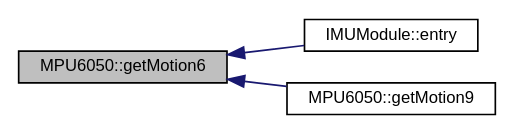
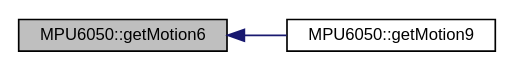
One commit to RoboJackets/robocup-firmware changed the diagram in class_m_p_u6050_a574d3093dc131e4251a9b37adf208ca7_icgraph.dot. Above: the diagram before and after it, drawn with Graphviz. The commit also changed 1172 other files, not shown here.

```diff
--- a/class_m_p_u6050_a574d3093dc131e4251a9b37adf208ca7_icgraph.dot
+++ b/class_m_p_u6050_a574d3093dc131e4251a9b37adf208ca7_icgraph.dot
@@ -1,11 +1,9 @@
 digraph "MPU6050::getMotion6"
 {
   edge [fontname="Helvetica",fontsize="10",labelfontname="Helvetica",labelfontsize="10"];
   node [fontname="Helvetica",fontsize="10",shape=record];
   rankdir="LR";
-  Node320 [label="MPU6050::getMotion6",height=0.2,width=0.4,color="black", fillcolor="grey75", style="filled", fontcolor="black"];
-  Node320 -> Node321 [dir="back",color="midnightblue",fontsize="10",style="solid",fontname="Helvetica"];
-  Node321 [label="IMUModule::entry",height=0.2,width=0.4,color="black", fillcolor="white", style="filled",URL="$class_i_m_u_module.html#a784f495174be8c60b2d1e5a99bf508c9",tooltip="Code to run when called by RTOS once per system tick (kperiod) "];
-  Node320 -> Node322 [dir="back",color="midnightblue",fontsize="10",style="solid",fontname="Helvetica"];
-  Node322 [label="MPU6050::getMotion9",height=0.2,width=0.4,color="black", fillcolor="white", style="filled",URL="$class_m_p_u6050.html#aabfd2920e748016383e8124a4b32ad31",tooltip="Get raw 9-axis motion sensor readings (accel/gyro/compass). "];
+  Node303 [label="MPU6050::getMotion6",height=0.2,width=0.4,color="black", fillcolor="grey75", style="filled", fontcolor="black"];
+  Node303 -> Node304 [dir="back",color="midnightblue",fontsize="10",style="solid",fontname="Helvetica"];
+  Node304 [label="MPU6050::getMotion9",height=0.2,width=0.4,color="black", fillcolor="white", style="filled",URL="$class_m_p_u6050.html#aabfd2920e748016383e8124a4b32ad31",tooltip="Get raw 9-axis motion sensor readings (accel/gyro/compass). "];
 }
```
